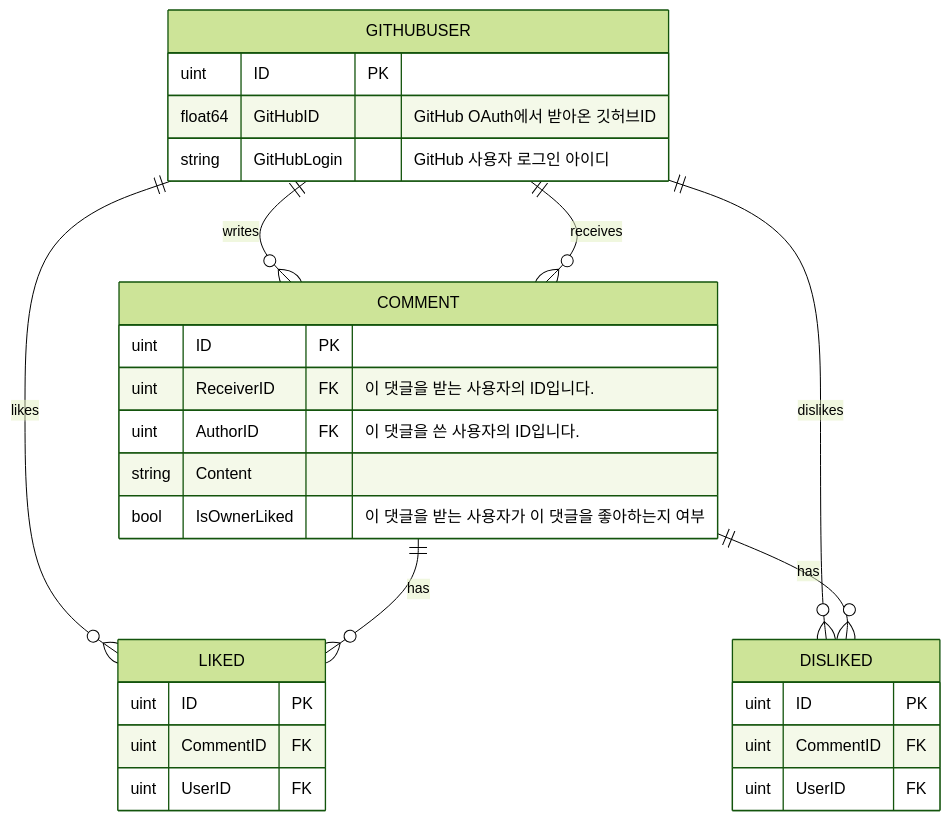
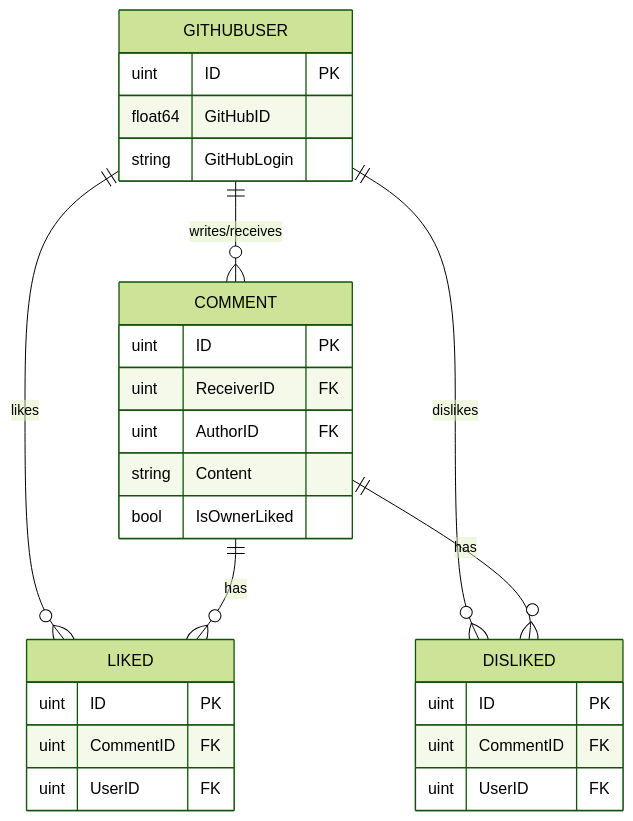
The second of 2 diagrams in README.md (in-jun/github-profile-guestbook), drawn with Mermaid (forest theme) before and after one commit. The commit also changed other lines of this file, not shown here.

````diff
--- a/README.md
+++ b/README.md
@@ -53,35 +142,30 @@
 ```mermaid
 erDiagram
     GITHUBUSER {
         uint ID PK
-        float64 GitHubID "GitHub OAuth에서 받아온 깃허브ID"
-        string GitHubLogin "GitHub 사용자 로그인 아이디"
+        float64 GitHubID
+        string GitHubLogin
     }
-
     COMMENT {
         uint ID PK
-        uint ReceiverID FK "이 댓글을 받는 사용자의 ID입니다."
-        uint AuthorID FK "이 댓글을 쓴 사용자의 ID입니다."
+        uint ReceiverID FK
+        uint AuthorID FK
         string Content
-        bool IsOwnerLiked "이 댓글을 받는 사용자가 이 댓글을 좋아하는지 여부"
+        bool IsOwnerLiked
     }
-
     LIKED {
         uint ID PK
         uint CommentID FK
         uint UserID FK
     }
-
     DISLIKED {
         uint ID PK
         uint CommentID FK
         uint UserID FK
     }
-
-    GITHUBUSER ||--o{ COMMENT : "writes"
-    GITHUBUSER ||--o{ COMMENT : "receives"
+    GITHUBUSER ||--o{ COMMENT : "writes/receives"
     GITHUBUSER ||--o{ LIKED : "likes"
     GITHUBUSER ||--o{ DISLIKED : "dislikes"
     COMMENT ||--o{ LIKED : "has"
     COMMENT ||--o{ DISLIKED : "has"
 ```
````
